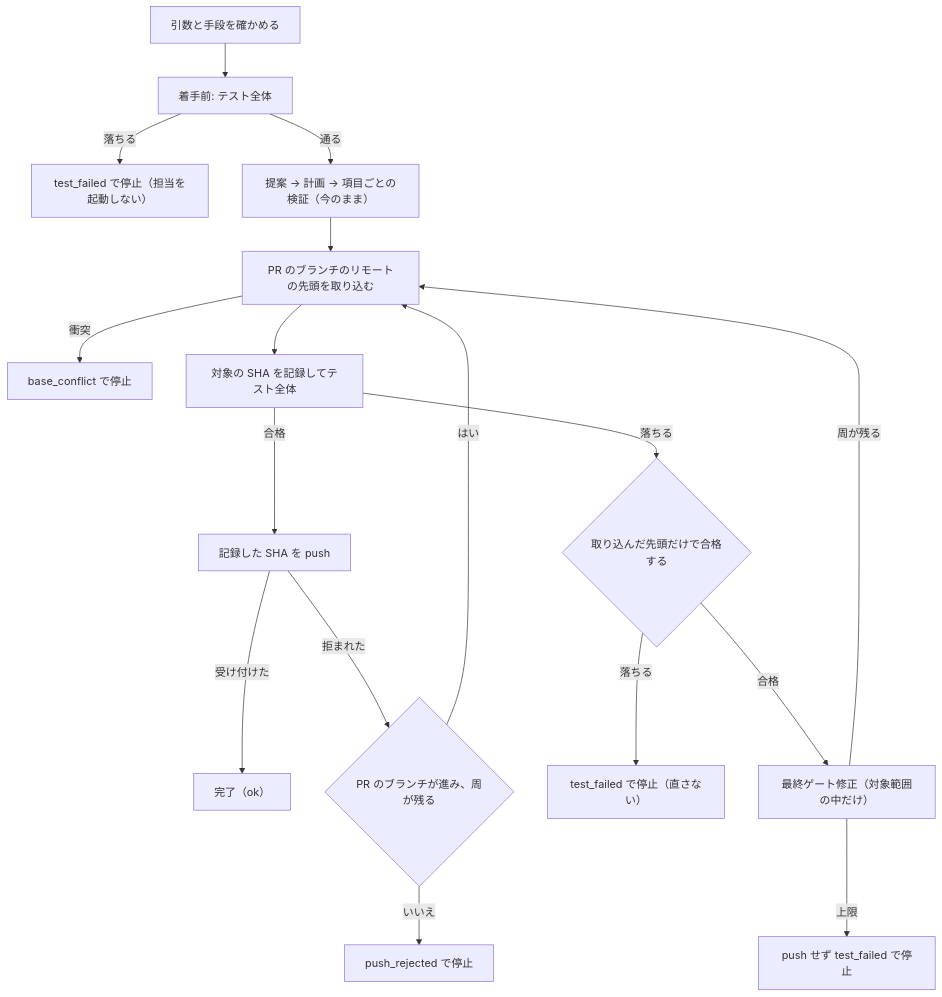
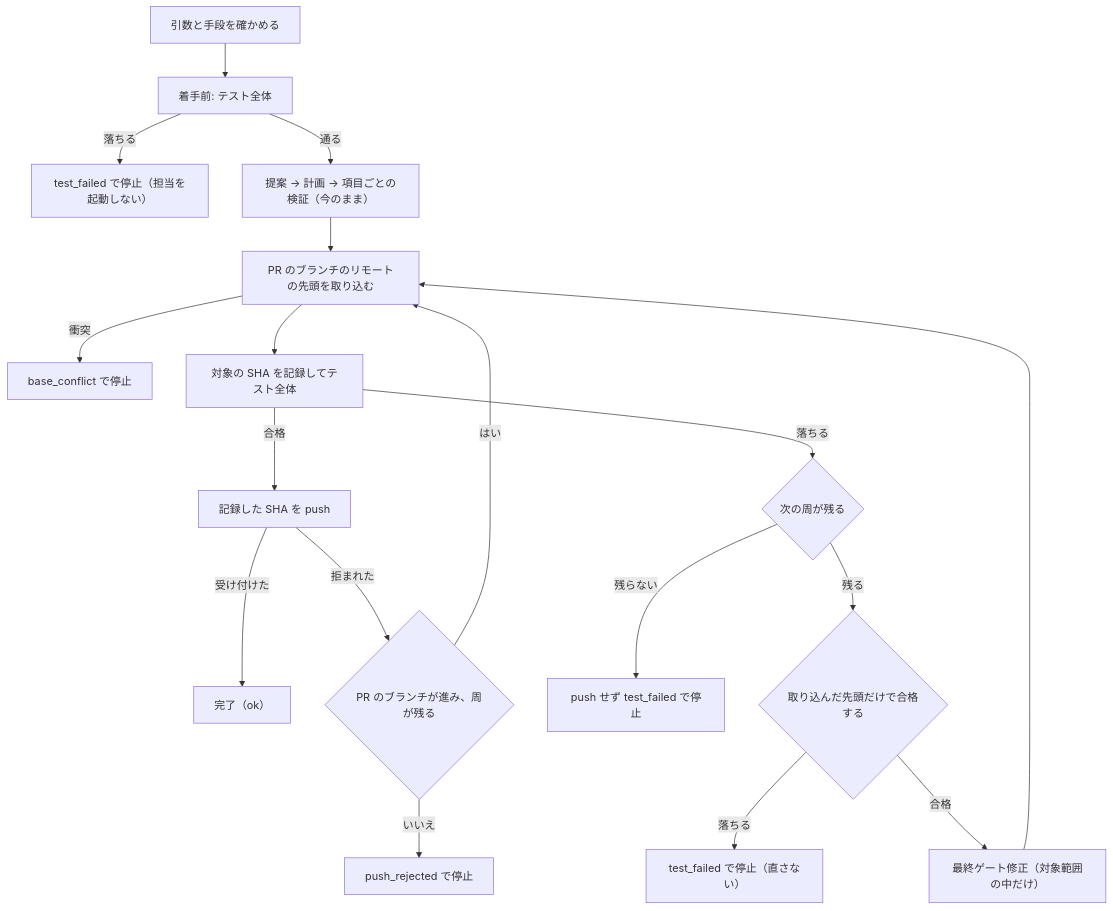
The fourth of 4 diagrams in issues/issue-4566-design.md (devbasex/ai-plugins), drawn with Mermaid before and after one commit. The commit also changed other lines of this file, not shown here.

````diff
--- a/issues/issue-4566-design.md
+++ b/issues/issue-4566-design.md
@@ -239,19 +242,20 @@
 ```mermaid
 graph TB
     A["引数と手段を確かめる"] --> B["着手前: テスト全体"]
     B -->|落ちる| X["test_failed で停止（担当を起動しない）"]
     B -->|通る| P["提案 → 計画 → 項目ごとの検証（今のまま）"]
     P --> S["PR のブランチのリモートの先頭を取り込む"]
     S -->|衝突| Z["base_conflict で停止"]
     S --> W["対象の SHA を記録してテスト全体"]
     W -->|合格| U["記録した SHA を push"]
     U -->|受け付けた| O["完了（ok）"]
     U -->|拒まれた| R{"PR のブランチが進み、周が残る"}
     R -->|はい| S
     R -->|いいえ| Q["push_rejected で停止"]
-    W -->|落ちる| C{"取り込んだ先頭だけで合格する"}
+    W -->|落ちる| L{"次の周が残る"}
+    L -->|残らない| Y["push せず test_failed で停止"]
+    L -->|残る| C{"取り込んだ先頭だけで合格する"}
     C -->|落ちる| Y0["test_failed で停止（直さない）"]
     C -->|合格| F["最終ゲート修正（対象範囲の中だけ）"]
-    F -->|周が残る| S
-    F -->|上限| Y["push せず test_failed で停止"]
+    F --> S
 ```
````
